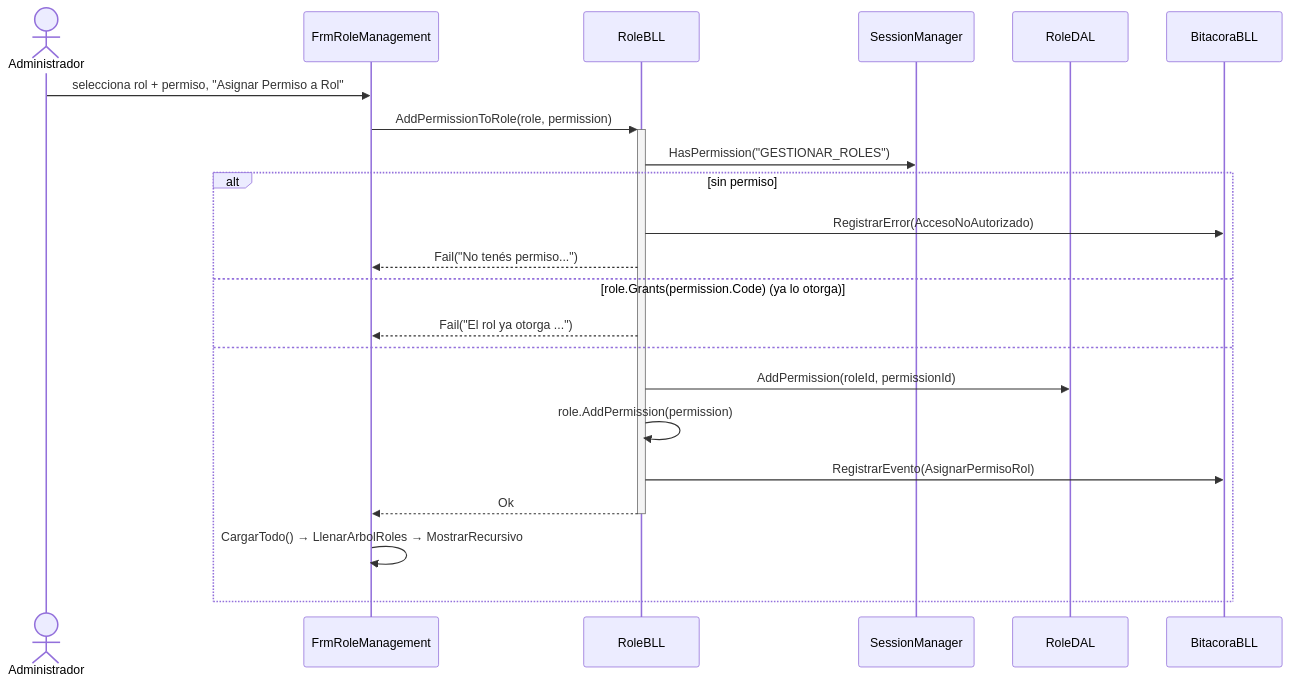
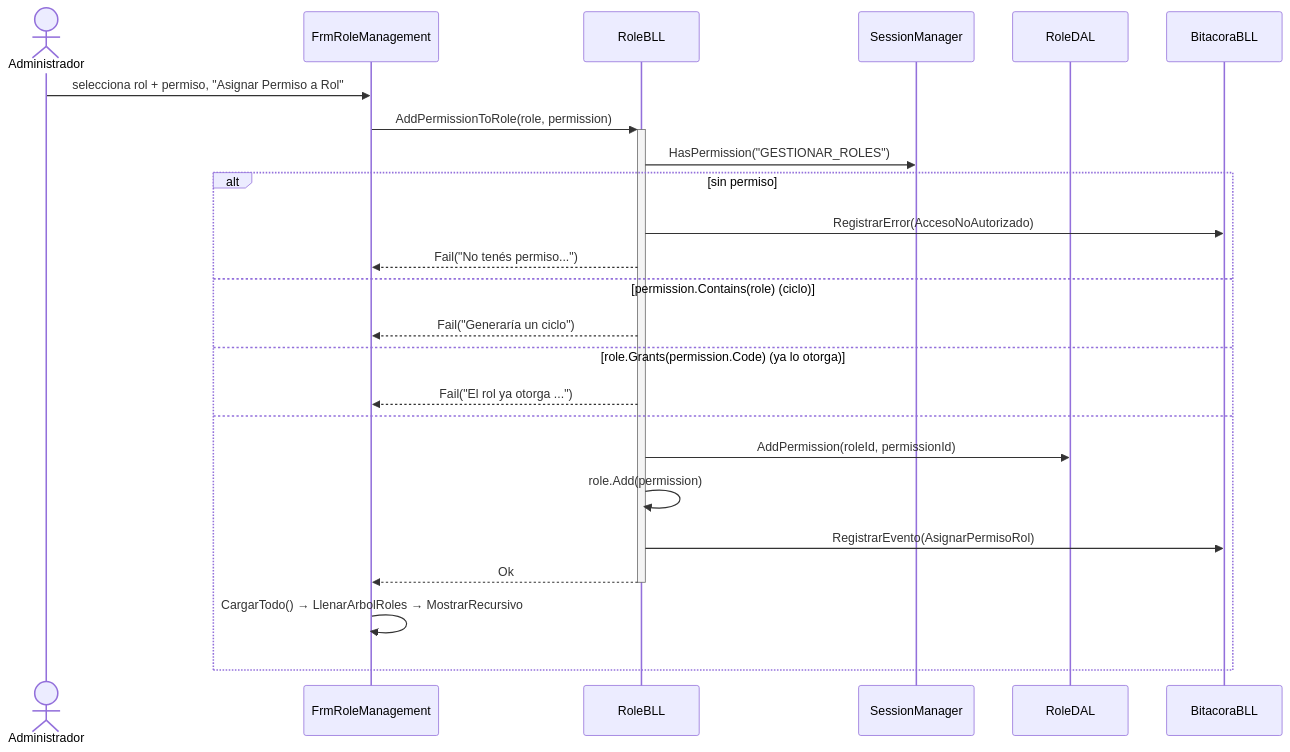
One commit to UAINahueLeandroDefeudi/uai-ing-soft changed the fourth of 4 diagrams in docs/ERS - Especificación de Requerimientos Software/DS - Diagramas de secuencia/DS-permisos-composite.md. Above: the diagram before and after it, drawn with Mermaid. The commit also changed other lines of this file and 27 other files, not shown here.

````diff
--- a/docs/ERS - Especificación de Requerimientos Software/DS - Diagramas de secuencia/DS-permisos-composite.md
+++ b/docs/ERS - Especificación de Requerimientos Software/DS - Diagramas de secuencia/DS-permisos-composite.md
@@ -113,25 +112,27 @@
 ```mermaid
 sequenceDiagram
     actor Admin as Administrador
     participant F as FrmRoleManagement
     participant RB as RoleBLL
     participant SM as SessionManager
     participant RD as RoleDAL
     participant B as BitacoraBLL
 
     Admin->>F: selecciona rol + permiso, "Asignar Permiso a Rol"
     F->>+RB: AddPermissionToRole(role, permission)
     RB->>SM: HasPermission("GESTIONAR_ROLES")
     alt sin permiso
         RB->>B: RegistrarError(AccesoNoAutorizado)
         RB-->>F: Fail("No tenés permiso...")
+    else permission.Contains(role) (ciclo)
+        RB-->>F: Fail("Generaría un ciclo")
     else role.Grants(permission.Code) (ya lo otorga)
         RB-->>F: Fail("El rol ya otorga ...")
     else
         RB->>RD: AddPermission(roleId, permissionId)
-        RB->>RB: role.AddPermission(permission)
+        RB->>RB: role.Add(permission)
         RB->>B: RegistrarEvento(AsignarPermisoRol)
         RB-->>-F: Ok
         F->>F: CargarTodo() → LlenarArbolRoles → MostrarRecursivo
     end
 ```
````
